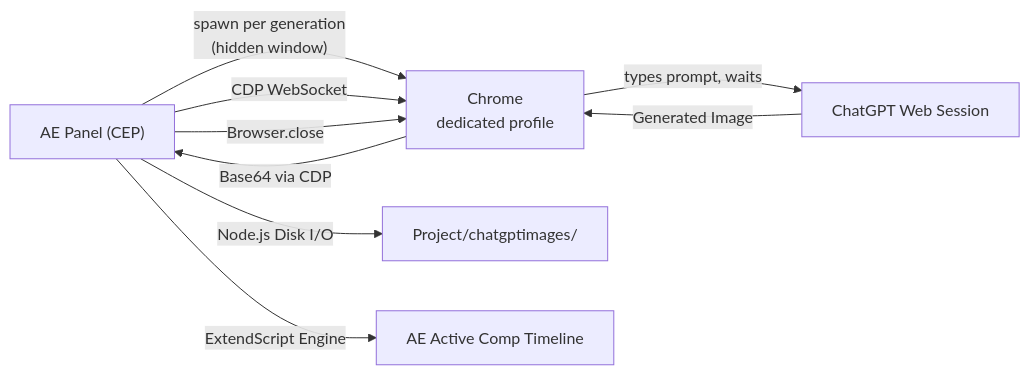
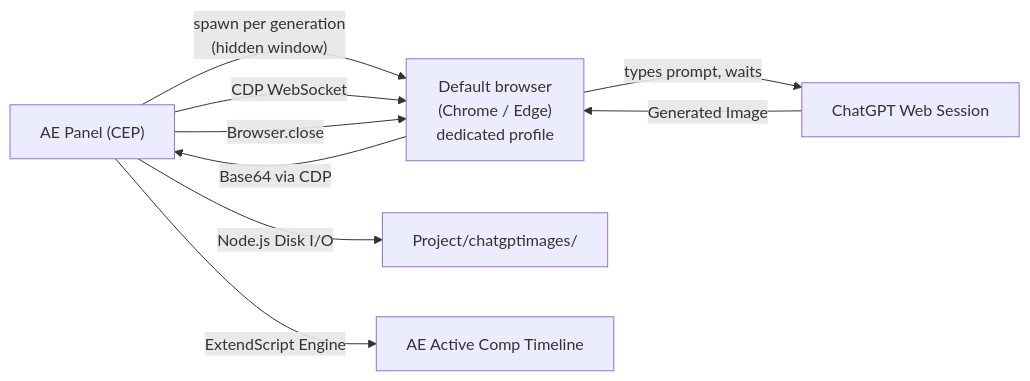
One commit to raisulsohan/LazyImageGeneration changed the diagram in README.md. Above: the diagram before and after it, drawn with Mermaid. The commit also changed other lines of this file and 3 other files, not shown here.

First line of the commit message:
Use the Windows default browser and refresh the README preview

````diff
--- a/README.md
+++ b/README.md
@@ -57,11 +59,11 @@
 ```mermaid
 graph LR
-    A["AE Panel (CEP)"] -- "spawn per generation<br/>(hidden window)" --> B["Chrome<br/>dedicated profile"]
+    A["AE Panel (CEP)"] -- "spawn per generation<br/>(hidden window)" --> B["Default browser<br/>(Chrome / Edge)<br/>dedicated profile"]
     A -- "CDP WebSocket" --> B
     B -- "types prompt, waits" --> C["ChatGPT Web Session"]
     C -- "Generated Image" --> B
     B -- "Base64 via CDP" --> A
     A -- "Browser.close" --> B
     A -- "Node.js Disk I/O" --> D["Project/chatgptimages/"]
     A -- "ExtendScript Engine" --> E["AE Active Comp Timeline"]
 ```
````
